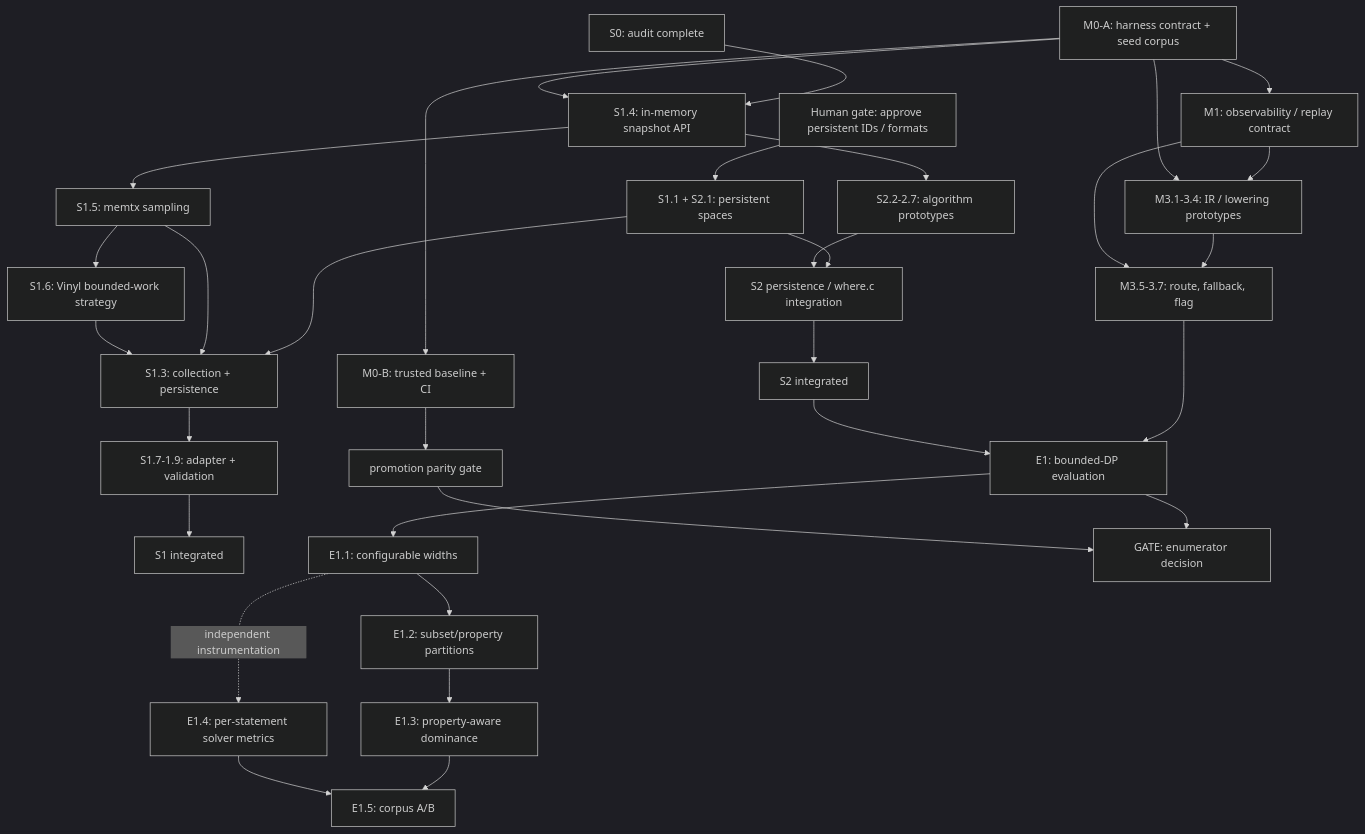
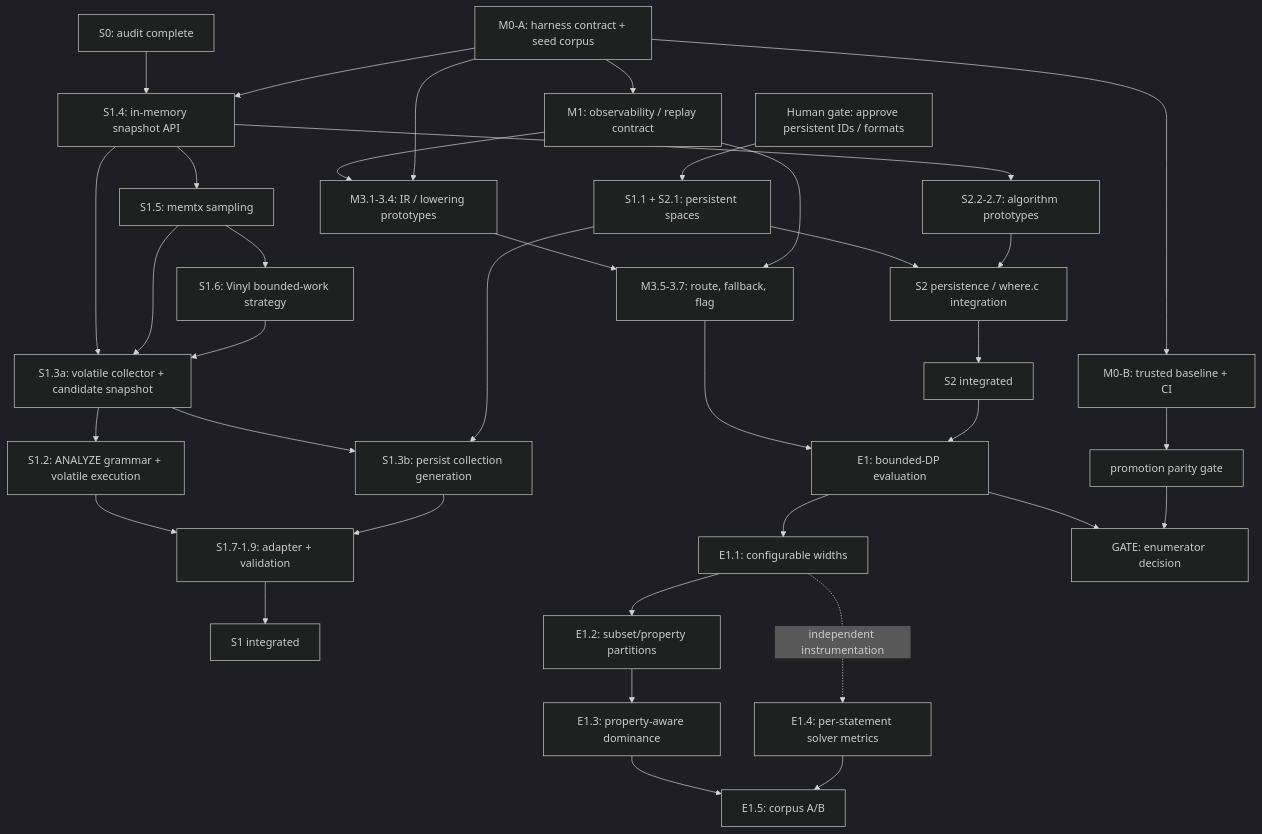
Before and after one commit to tsafin/tarantool-dsql: the diagram in docs/vdbe/roadmap.md, drawn with Mermaid (dark theme). The commit also changed other lines of this file, not shown here.

Commit message:
docs: split volatile and persistent stats collection

````diff
--- a/docs/vdbe/roadmap.md
+++ b/docs/vdbe/roadmap.md
@@ -81,34 +81,38 @@
 ```mermaid
 flowchart TD
     A["M0-A: harness contract + seed corpus"] --> B["M0-B: trusted baseline + CI"]
     A --> C["M1: observability / replay contract"]
     D["S0: audit complete"] --> E["S1.4: in-memory snapshot API"]
     A --> E
     E --> F["S2.2-2.7: algorithm prototypes"]
     C --> G["M3.1-3.4: IR / lowering prototypes"]
     A --> G
     G --> H["M3.5-3.7: route, fallback, flag"]
     C --> H
     P["Human gate: approve persistent IDs / formats"] --> Q["S1.1 + S2.1: persistent spaces"]
     E --> R["S1.5: memtx sampling"]
     R --> R2["S1.6: Vinyl bounded-work strategy"]
-    Q --> S["S1.3: collection + persistence"]
-    R --> S
-    R2 --> S
-    S --> T["S1.7-1.9: adapter + validation"]
+    E --> S0["S1.3a: volatile collector + candidate snapshot"]
+    R --> S0
+    R2 --> S0
+    S0 --> S1["S1.2: ANALYZE grammar + volatile execution"]
+    S0 --> S2["S1.3b: persist collection generation"]
+    Q --> S2
+    S1 --> T["S1.7-1.9: adapter + validation"]
+    S2 --> T
     Q --> U["S2 persistence / where.c integration"]
     F --> U
     U --> V["S2 integrated"]
     T --> W["S1 integrated"]
     H --> X["E1: bounded-DP evaluation"]
     V --> X
     X --> X1["E1.1: configurable widths"]
     X1 --> X2["E1.2: subset/property partitions"]
     X2 --> X3["E1.3: property-aware dominance"]
     X1 -. "independent instrumentation" .-> X4["E1.4: per-statement solver metrics"]
     X3 --> X5["E1.5: corpus A/B"]
     X4 --> X5
     B --> Y["promotion parity gate"]
     X --> Z["GATE: enumerator decision"]
     Y --> Z
 ```
````
